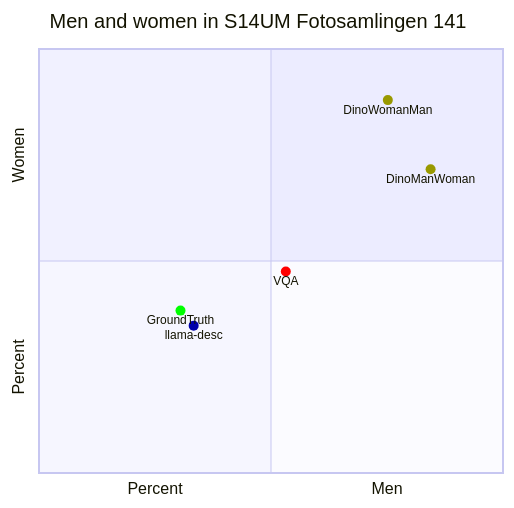
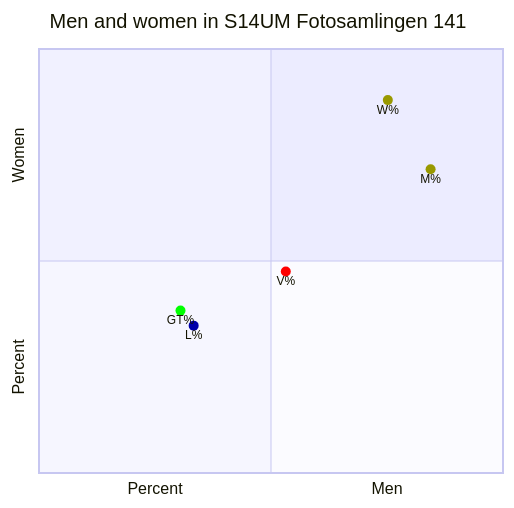
Before and after one commit to Modern36/tropes_1500: the sixth of 11 diagrams in browser/scatter.md, drawn with Mermaid. The commit also changed other lines of this file and 1 other file, not shown here.

````diff
--- a/browser/scatter.md
+++ b/browser/scatter.md
@@ -95,12 +92,12 @@
 ```mermaid
 quadrantChart
     title Men and women in S14UM Fotosamlingen 141
     x-axis Percent --> Men
     y-axis Percent --> Women
-    DinoManWoman: [0.8439716312056738, 0.7163120567375887] color: #999900
-    DinoWomanMan: [0.75177304964539, 0.8794326241134752] color: #999900
-    GroundTruth: [0.3049645390070922, 0.3829787234042553] color: #00FF00
-    VQA: [0.5319148936170213, 0.475177304964539] color: #FF0000
-    llama-desc: [0.3333333333333333, 0.3475177304964539] color: #0000AA
+    M%: [0.8439716312056738, 0.7163120567375887] color: #999900
+    W%: [0.75177304964539, 0.8794326241134752] color: #999900
+    GT%: [0.3049645390070922, 0.3829787234042553] color: #00FF00
+    V%: [0.5319148936170213, 0.475177304964539] color: #FF0000
+    L%: [0.3333333333333333, 0.3475177304964539] color: #0000AA
 
 ```
````
